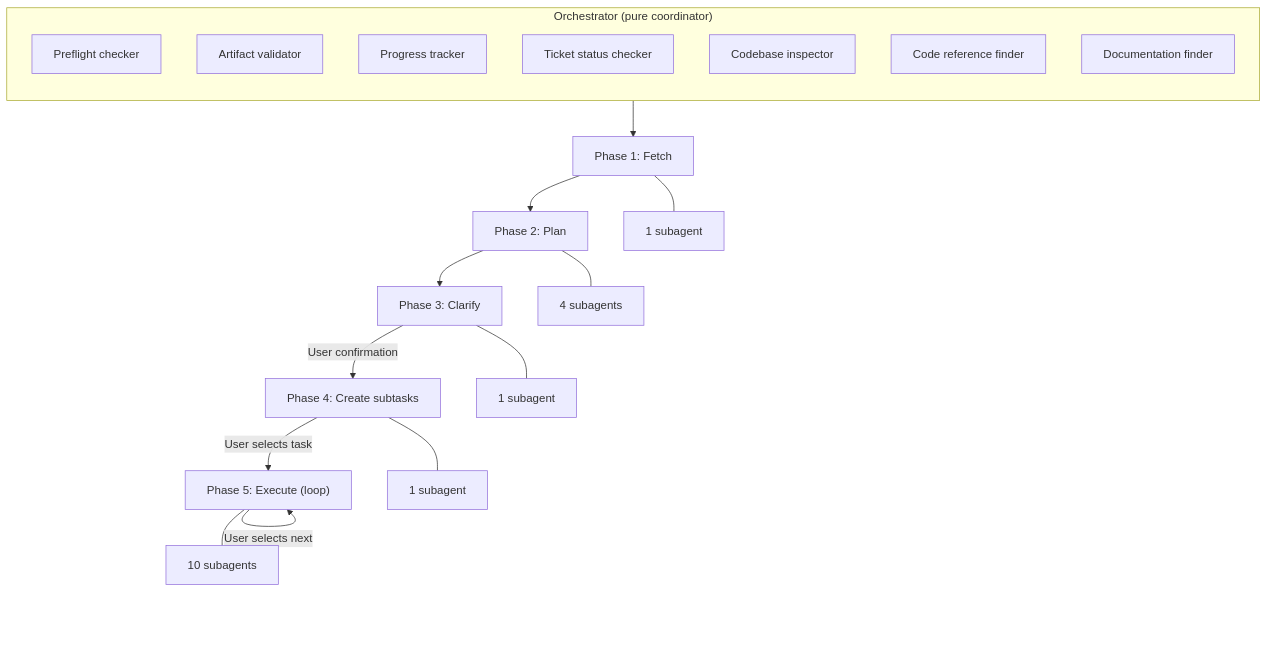
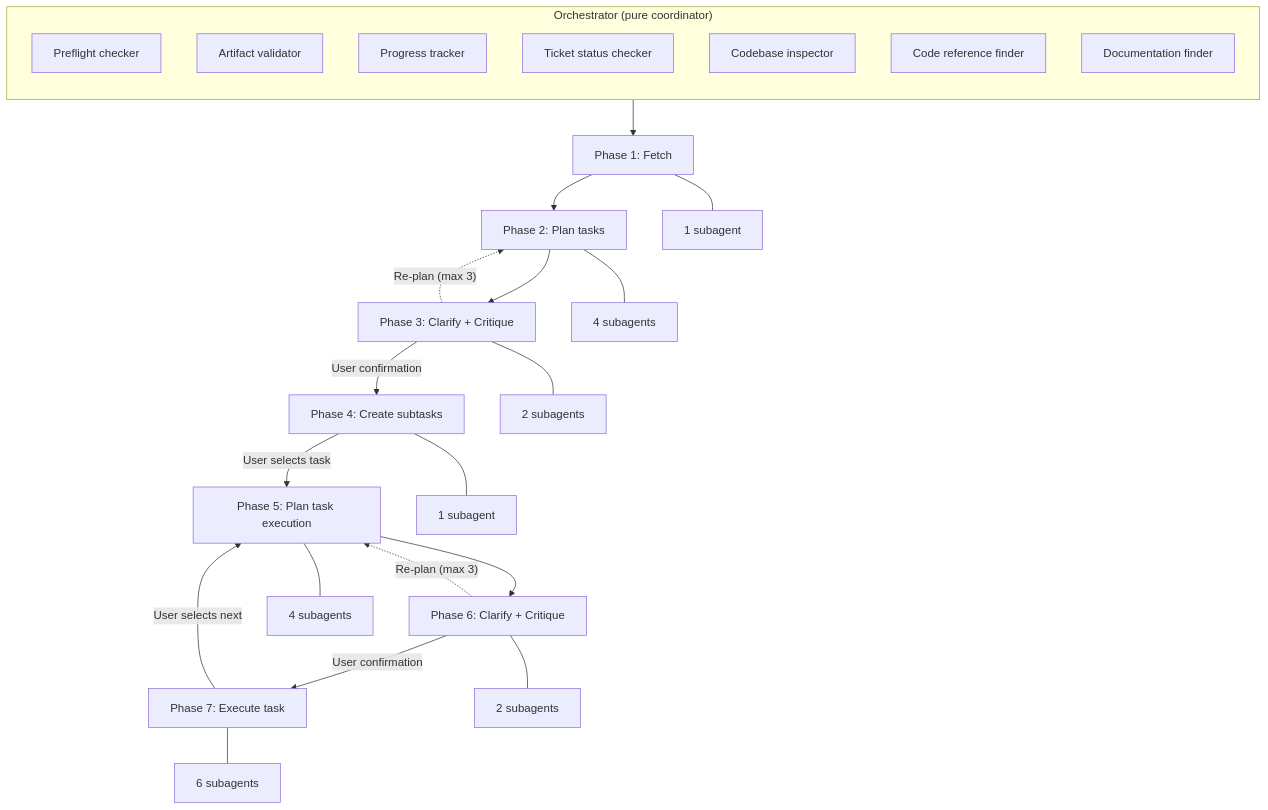
Before and after one commit to b-mendoza/agent-skills: the diagram in docs/orchestrating-jira-workflow/README.md, drawn with Mermaid. The commit also changed other lines of this file and 5 other files, not shown here.

First line of the commit message:
docs(orchestrating-jira-workflow): update architecture docs for 7-phase pipeline

````diff
--- a/docs/orchestrating-jira-workflow/README.md
+++ b/docs/orchestrating-jira-workflow/README.md
@@ -24,26 +25,33 @@
 ```mermaid
 flowchart TD
     subgraph ORCH["Orchestrator (pure coordinator)"]
         direction TB
         PF[Preflight checker]
         AV[Artifact validator]
         PT[Progress tracker]
         TSC[Ticket status checker]
         CI[Codebase inspector]
         CRF[Code reference finder]
         DF[Documentation finder]
     end
 
     ORCH --> P1["Phase 1: Fetch"]
-    P1 --> P2["Phase 2: Plan"]
-    P2 --> P3["Phase 3: Clarify"]
+    P1 --> P2["Phase 2: Plan tasks"]
+    P2 --> P3["Phase 3: Clarify + Critique"]
     P3 -->|"User confirmation"| P4["Phase 4: Create subtasks"]
-    P4 -->|"User selects task"| P5["Phase 5: Execute (loop)"]
-    P5 -->|"User selects next"| P5
+    P4 -->|"User selects task"| P5["Phase 5: Plan task execution"]
+    P5 --> P6["Phase 6: Clarify + Critique"]
+    P6 -->|"User confirmation"| P7["Phase 7: Execute task"]
+    P7 -->|"User selects next"| P5
+
+    P3 -.->|"Re-plan (max 3)"| P2
+    P6 -.->|"Re-plan (max 3)"| P5
 
     P1 --- S1["1 subagent"]
     P2 --- S2["4 subagents"]
-    P3 --- S3["1 subagent"]
+    P3 --- S3["2 subagents"]
     P4 --- S4["1 subagent"]
-    P5 --- S5["10 subagents"]
+    P5 --- S5["4 subagents"]
+    P6 --- S6["2 subagents"]
+    P7 --- S7["6 subagents"]
 ```
````
